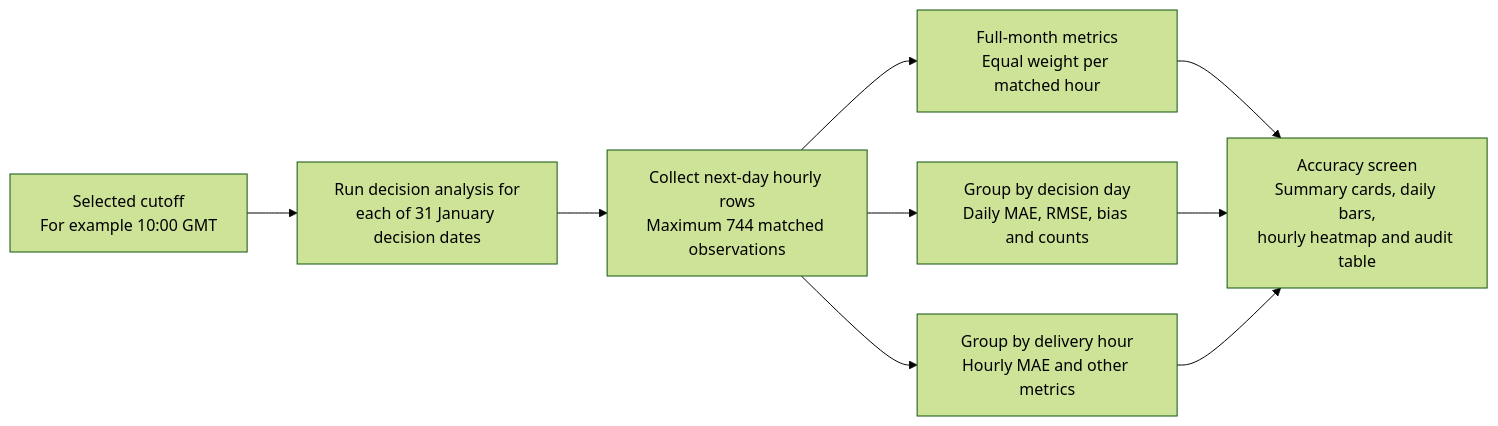
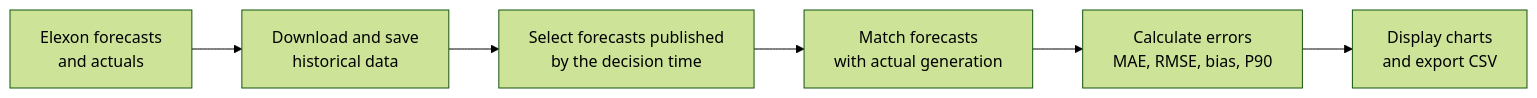
The second of 2 diagrams in README.md (harshitdeora/q7m2x9), drawn with Mermaid (forest theme) before and after one commit. The commit also changed other lines of this file, not shown here.

Commit message:
Simplify README to two concise video-friendly diagrams

````diff
--- a/README.md
+++ b/README.md
@@ -154,14 +34,8 @@
 ```mermaid
 flowchart LR
-    cutoff["Selected cutoff<br/>For example 10:00 GMT"]
-    days["Run decision analysis for<br/>each of 31 January decision dates"]
-    rows["Collect next-day hourly rows<br/>Maximum 744 matched observations"]
-    month["Full-month metrics<br/>Equal weight per matched hour"]
-    daily["Group by decision day<br/>Daily MAE, RMSE, bias and counts"]
-    hourly["Group by delivery hour<br/>Hourly MAE and other metrics"]
-    screen["Accuracy screen<br/>Summary cards, daily bars,<br/>hourly heatmap and audit table"]
-    cutoff --> days --> rows
-    rows --> month --> screen
-    rows --> daily --> screen
-    rows --> hourly --> screen
+    Source["Elexon forecasts<br/>and actuals"] --> Save["Download and save<br/>historical data"]
+    Save --> Select["Select forecasts published<br/>by the decision time"]
+    Select --> Match["Match forecasts<br/>with actual generation"]
+    Match --> Calculate["Calculate errors<br/>MAE, RMSE, bias, P90"]
+    Calculate --> Show["Display charts<br/>and export CSV"]
 ```
````
